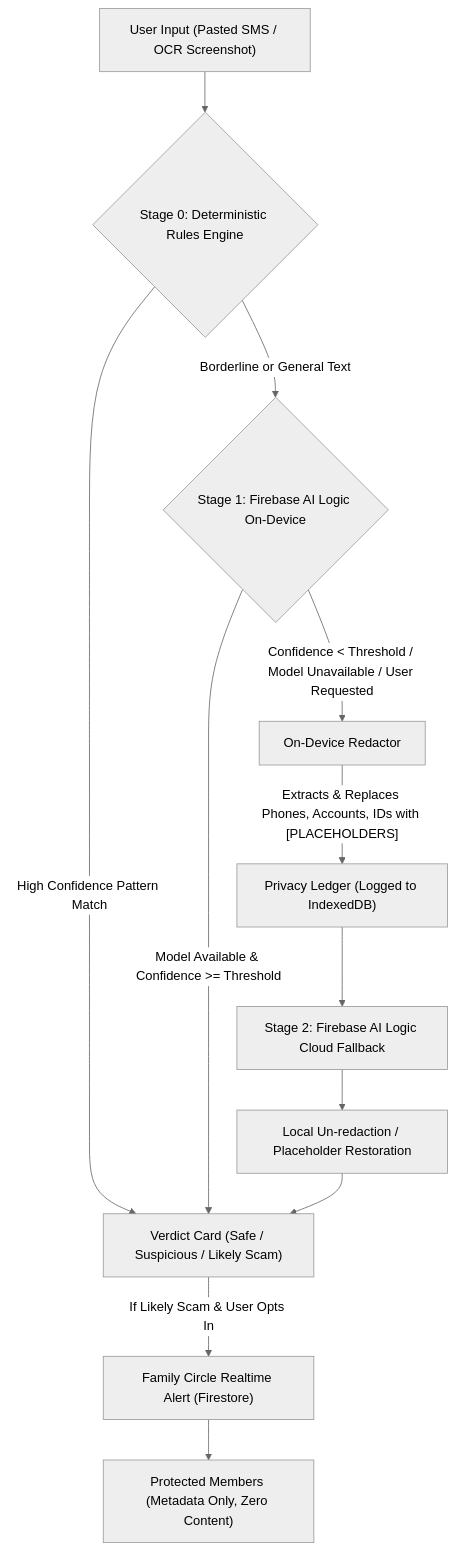
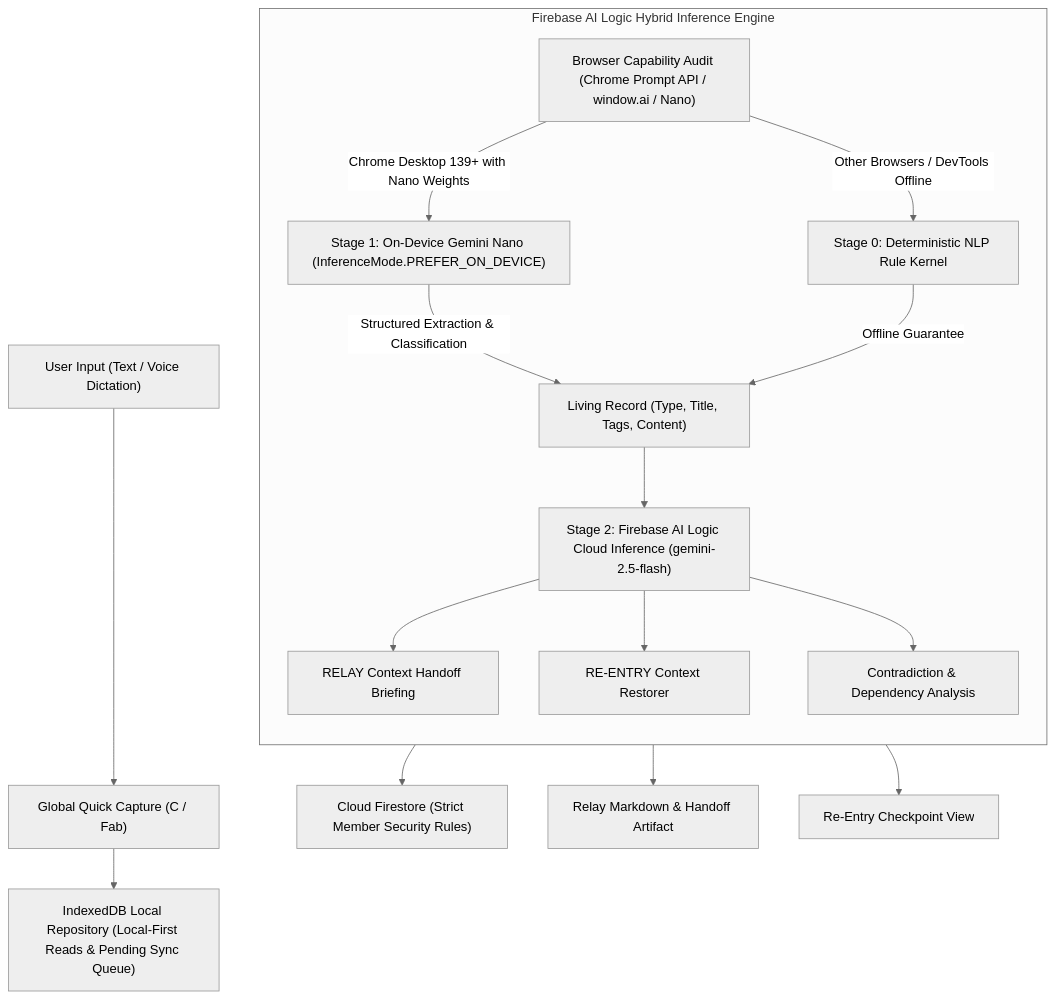
Before and after one commit to Abdul-Hafiz-1/Margin: the diagram in README.md, drawn with Mermaid (neutral theme). The commit also changed other lines of this file and 39 other files, not shown here.

````diff
--- a/README.md
+++ b/README.md
@@ -47,18 +26,25 @@
 ```mermaid
 flowchart TD
-    A["User Input (Pasted SMS / OCR Screenshot)"] --> B{"Stage 0: Deterministic Rules Engine"}
+    User["User Input (Text / Voice Dictation)"] --> QuickCapture["Global Quick Capture (C / Fab)"]
+    QuickCapture --> LocalFirst["IndexedDB Local Repository (Local-First Reads & Pending Sync Queue)"]
     
-    B -->|"High Confidence Pattern Match"| C["Verdict Card (Safe / Suspicious / Likely Scam)"]
-    B -->|"Borderline or General Text"| D{"Stage 1: Firebase AI Logic On-Device"}
+    subgraph HybridAIEngine ["Firebase AI Logic Hybrid Inference Engine"]
+        direction TB
+        Detection["Browser Capability Audit (Chrome Prompt API / window.ai / Nano)"]
+        
+        Detection -- "Chrome Desktop 139+ with Nano Weights" --> OnDeviceAI["Stage 1: On-Device Gemini Nano (InferenceMode.PREFER_ON_DEVICE)"]
+        Detection -- "Other Browsers / DevTools Offline" --> DeterministicFallback["Stage 0: Deterministic NLP Rule Kernel"]
+        
+        OnDeviceAI -- "Structured Extraction & Classification" --> LivingRecord["Living Record (Type, Title, Tags, Content)"]
+        DeterministicFallback -- "Offline Guarantee" --> LivingRecord
+        
+        LivingRecord --> CloudSynthesis["Stage 2: Firebase AI Logic Cloud Inference (gemini-2.5-flash)"]
+        CloudSynthesis --> RelayEngine["RELAY Context Handoff Briefing"]
+        CloudSynthesis --> ReEntryEngine["RE-ENTRY Context Restorer"]
+        CloudSynthesis --> ContradictionEngine["Contradiction & Dependency Analysis"]
+    end
     
-    D -->|"Model Available & Confidence >= Threshold"| C
-    D -->|"Confidence < Threshold / Model Unavailable / User Requested"| E["On-Device Redactor"]
-    
-    E -->|"Extracts & Replaces Phones, Accounts, IDs with [PLACEHOLDERS]"| F["Privacy Ledger (Logged to IndexedDB)"]
-    F --> G["Stage 2: Firebase AI Logic Cloud Fallback"]
-    G --> H["Local Un-redaction / Placeholder Restoration"]
-    H --> C
-    
-    C -->|"If Likely Scam & User Opts In"| I["Family Circle Realtime Alert (Firestore)"]
-    I --> J["Protected Members (Metadata Only, Zero Content)"]
+    LivingRecord --> FirestoreSync["Cloud Firestore (Strict Member Security Rules)"]
+    RelayEngine --> RelayArtifact["Relay Markdown & Handoff Artifact"]
+    ReEntryEngine --> ReEntryView["Re-Entry Checkpoint View"]
 ```
````
